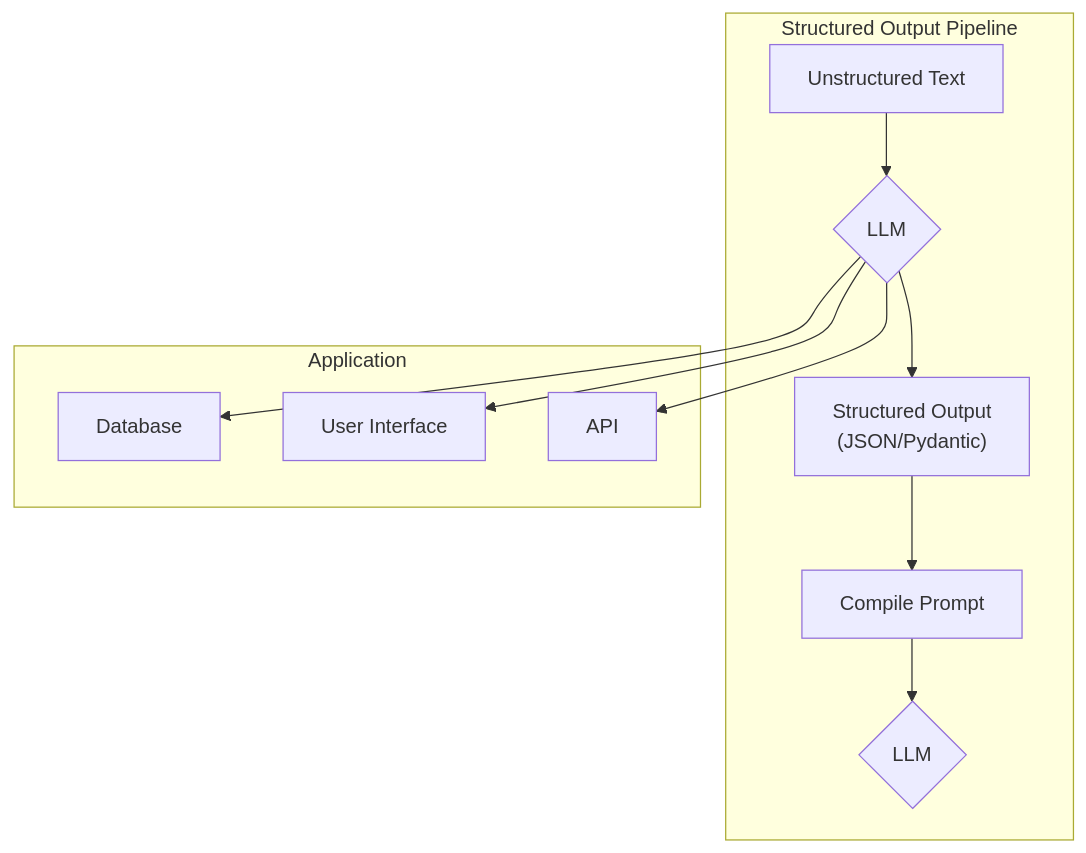
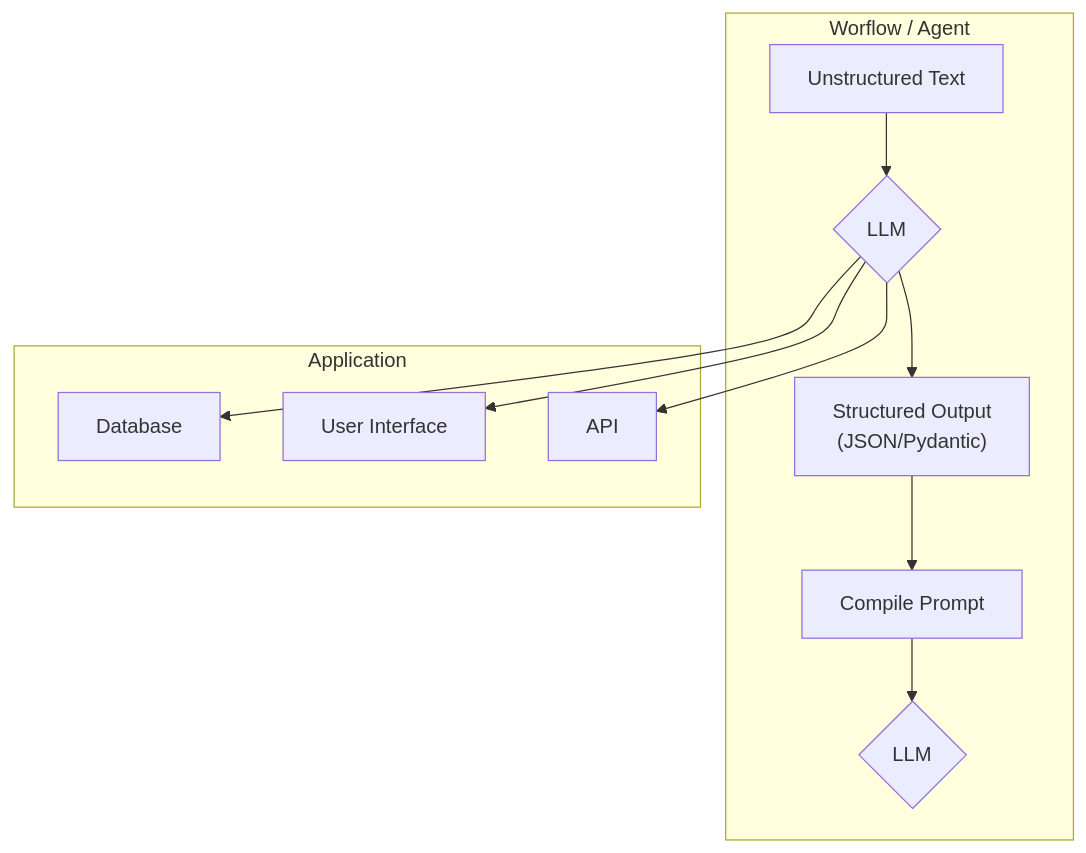
The diagram in lessons/04_structured_outputs/article.md (towardsai/agentic-ai-engineering-course), drawn with Mermaid before and after one commit.

Commit message:
feat: Tweak L4

````diff
--- a/lessons/04_structured_outputs/article.md
+++ b/lessons/04_structured_outputs/article.md
@@ -19,19 +19,19 @@
 ```mermaid
 flowchart TD
-    subgraph "Structured Output Pipeline"
+    subgraph "Worflow / Agent"
         A["Unstructured Text"] --> B{"LLM"};
         B --> C["Structured Output <br> (JSON/Pydantic)"];
         C --> D["Compile Prompt"];
         D --> G{"LLM"};
     end
     
     subgraph "Application"
         E["Database"];
         F["User Interface"];
         H["API"];
     end
     
     B --> E;
     B --> F;
     B --> H;
 ```
````
